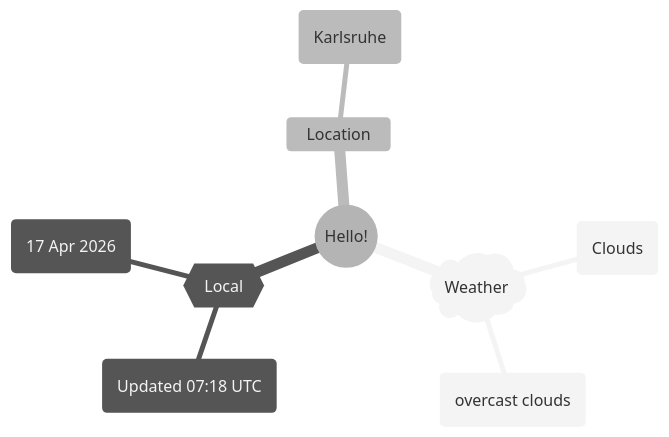
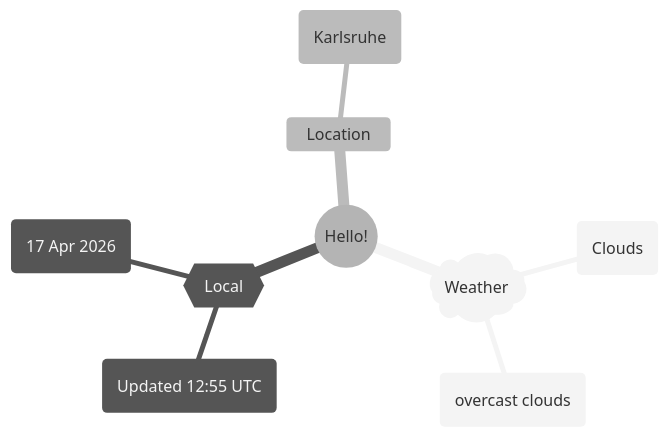
One commit to Xosrov/Xosrov changed the first of 2 diagrams in README.md. Above: the diagram before and after it, drawn with Mermaid (neutral theme).

Commit message:
[bot] updated images

````diff
--- a/README.md
+++ b/README.md
@@ -3,12 +3,12 @@
 ```mermaid
 mindmap
   root((Hello!))
     )Weather(
         (Clouds)
         (overcast clouds)
     {{Local}}
-        (Updated 07:18 UTC)
+        (Updated 12:55 UTC)
         (17 Apr 2026)
     Location
         (Karlsruhe)
 ```
````
